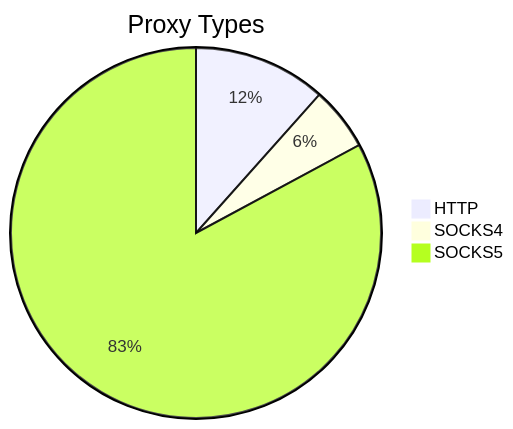
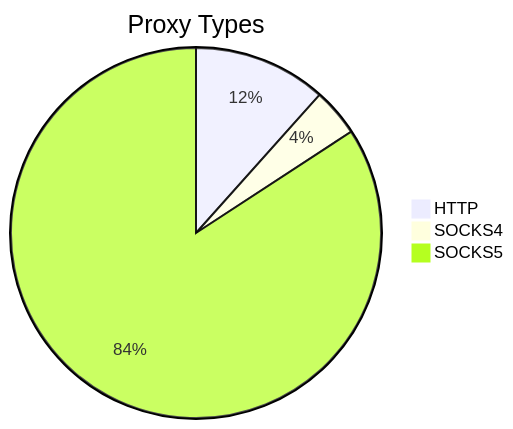
The first of 2 diagrams in README.md (stormsia/proxy-list), drawn with Mermaid before and after one commit. The commit also changed other lines of this file, not shown here.

````diff
--- a/README.md
+++ b/README.md
@@ -21,6 +21,6 @@
 ```mermaid
 pie title Proxy Types
-    "HTTP" : 207
-    "SOCKS4" : 99
-    "SOCKS5" : 1480
+    "HTTP" : 161
+    "SOCKS4" : 58
+    "SOCKS5" : 1168
 ```
````
